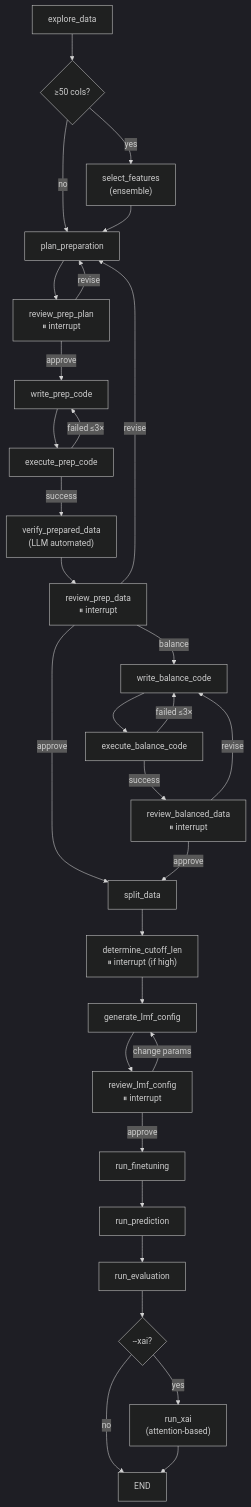
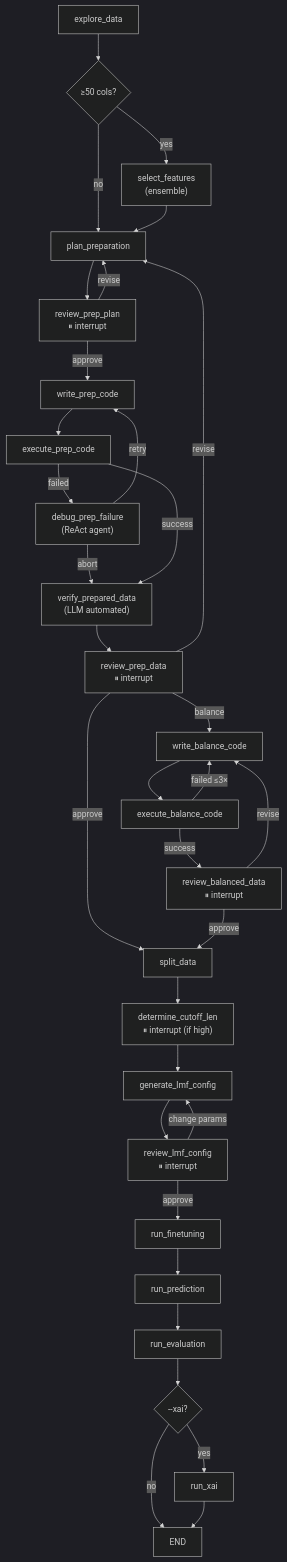
The diagram in README.md (Qingtian-Zou/auto-llm-predictor), drawn with Mermaid (dark theme) before and after one commit. The commit also changed other lines of this file, not shown here.

````diff
--- a/README.md
+++ b/README.md
@@ -23,33 +23,35 @@
 ```mermaid
 graph TD
     A["explore_data"] --> B{"≥50 cols?"}
     B -->|yes| FS["select_features<br/>(ensemble)"]
     B -->|no| C["plan_preparation"]
     FS --> C
     C --> RP["review_prep_plan<br/>⏸ interrupt"]
     RP -->|approve| D["write_prep_code"]
     RP -->|revise| C
     D --> E["execute_prep_code"]
-    E -->|failed ≤3×| D
+    E -->|failed| DBG["debug_prep_failure<br/>(ReAct agent)"]
+    DBG -->|retry| D
+    DBG -->|abort| V
     E -->|success| V["verify_prepared_data<br/>(LLM automated)"]
     V --> R1["review_prep_data<br/>⏸ interrupt"]
     R1 -->|approve| S["split_data"]
     R1 -->|balance| WB["write_balance_code"]
     R1 -->|revise| C
     WB --> EB["execute_balance_code"]
     EB -->|failed ≤3×| WB
     EB -->|success| RB["review_balanced_data<br/>⏸ interrupt"]
     RB -->|approve| S
     RB -->|revise| WB
     S --> CL["determine_cutoff_len<br/>⏸ interrupt (if high)"]
     CL --> F["generate_lmf_config"]
     F --> R2["review_lmf_config<br/>⏸ interrupt"]
     R2 -->|approve| G["run_finetuning"]
     R2 -->|change params| F
     G --> H["run_prediction"]
     H --> I["run_evaluation"]
     I --> X{"--xai?"}
-    X -->|yes| XAI["run_xai<br/>(attention-based)"]
+    X -->|yes| XAI["run_xai"]
     X -->|no| DONE["END"]
     XAI --> DONE
 ```
````
